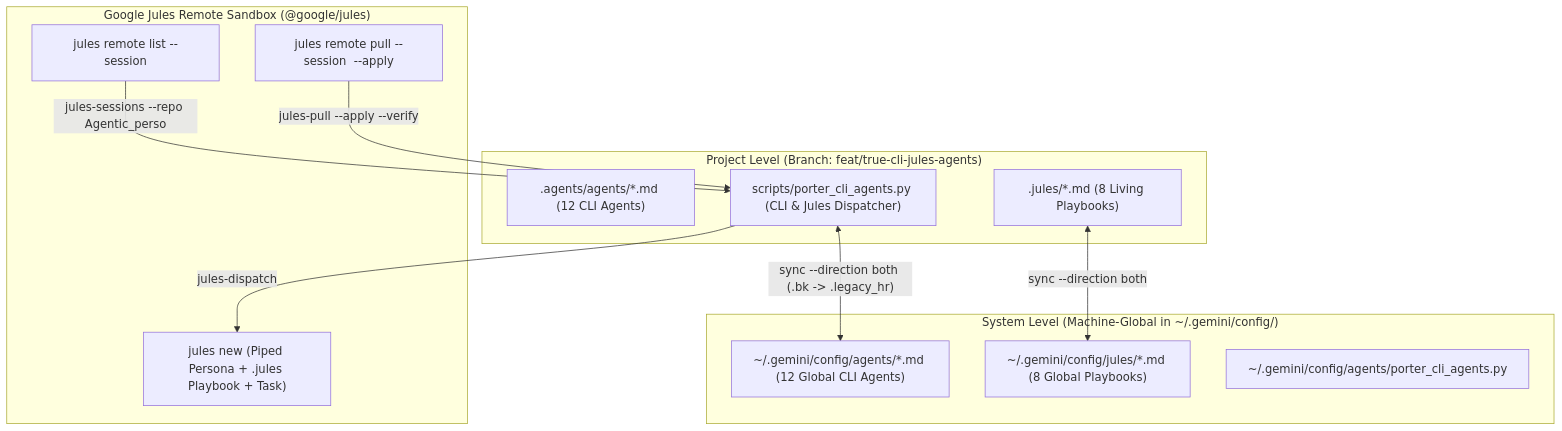
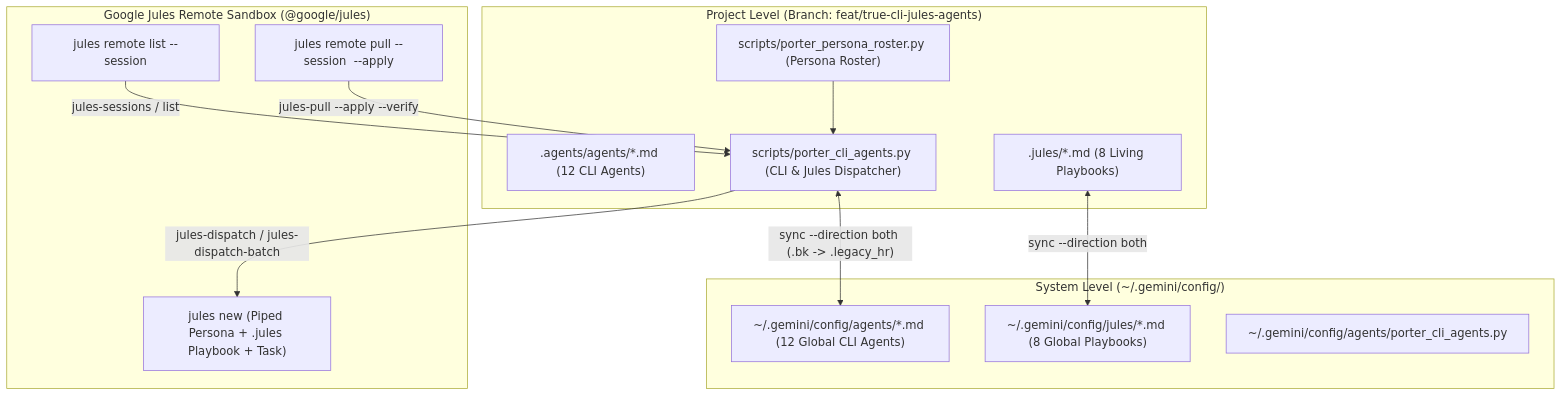
Before and after one commit to Zebfred/Agentic_personal_porter: the diagram in documentation/architecture/cli-agents-guide.md, drawn with Mermaid. The commit also changed other lines of this file and 21 other files, not shown here.

````diff
--- a/documentation/architecture/cli-agents-guide.md
+++ b/documentation/architecture/cli-agents-guide.md
@@ -14,26 +14,28 @@
 ```mermaid
 flowchart TD
     subgraph Project["Project Level (Branch: feat/true-cli-jules-agents)"]
         PA[".agents/agents/*.md (12 CLI Agents)"]
         PJ[".jules/*.md (8 Living Playbooks)"]
+        PR["scripts/porter_persona_roster.py (Persona Roster)"]
         PS["scripts/porter_cli_agents.py (CLI & Jules Dispatcher)"]
     end
 
-    subgraph System["System Level (Machine-Global in ~/.gemini/config/)"]
+    subgraph System["System Level (~/.gemini/config/)"]
         SA["~/.gemini/config/agents/*.md (12 Global CLI Agents)"]
         SJ["~/.gemini/config/jules/*.md (8 Global Playbooks)"]
         SR["~/.gemini/config/agents/porter_cli_agents.py"]
     end
 
     subgraph JulesCloud["Google Jules Remote Sandbox (@google/jules)"]
         JN["jules new (Piped Persona + .jules Playbook + Task)"]
         JS["jules remote list --session"]
         JP["jules remote pull --session <id> --apply"]
     end
 
+    PR --> PS
     PS <-->|"sync --direction both (.bk -> .legacy_hr)"| SA
     PJ <-->|"sync --direction both"| SJ
-    PS -->|"jules-dispatch <persona> <task>"| JN
-    JS -->|"jules-sessions --repo Agentic_perso"| PS
-    JP -->|"jules-pull <id> --apply --verify <persona>"| PS
+    PS -->|"jules-dispatch / jules-dispatch-batch"| JN
+    JS -->|"jules-sessions / list"| PS
+    JP -->|"jules-pull <persona_or_id> --apply --verify"| PS
 ```
````
